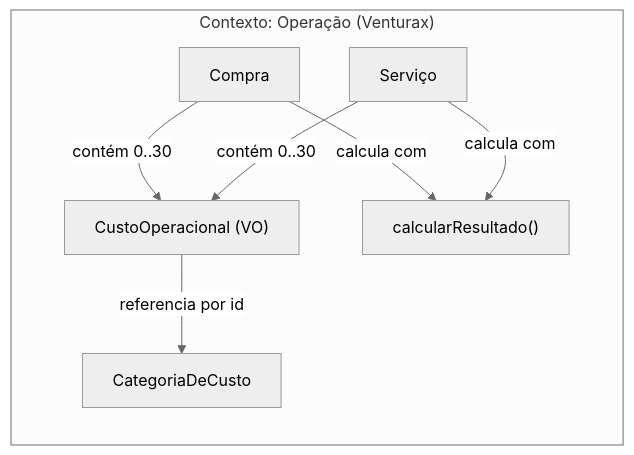
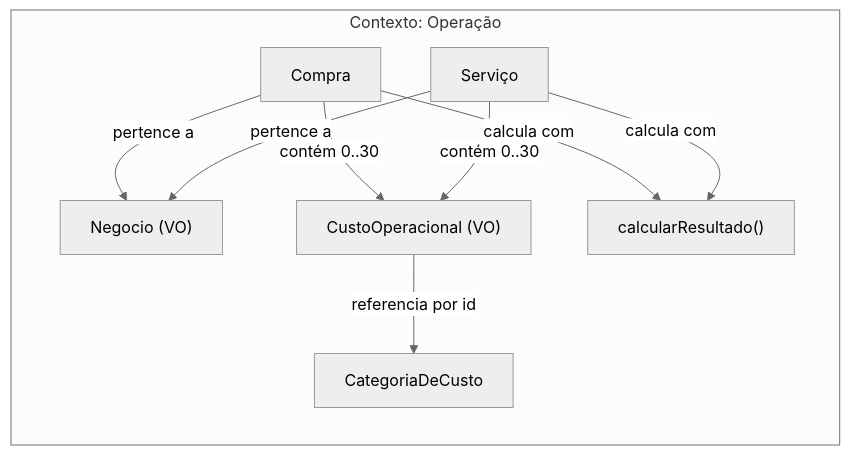
One commit to venturafvx/advice changed the third of 3 diagrams in docs/DOMAIN.md. Above: the diagram before and after it, drawn with Mermaid (neutral theme). The commit also changed other lines of this file and 112 other files, not shown here.

````diff
--- a/docs/DOMAIN.md
+++ b/docs/DOMAIN.md
@@ -152,16 +224,19 @@
 ```mermaid
 flowchart LR
-    subgraph Operacao["Contexto: Operação (Venturax)"]
+    subgraph Operacao["Contexto: Operação"]
+        N["Negocio (VO)"]
         C[Compra]
         S[Serviço]
         CAT[CategoriaDeCusto]
         CO["CustoOperacional (VO)"]
         R["calcularResultado()"]
     end
 
+    C -- "pertence a" --> N
+    S -- "pertence a" --> N
     C -- "contém 0..30" --> CO
     S -- "contém 0..30" --> CO
     CO -- "referencia por id" --> CAT
     C -- "calcula com" --> R
     S -- "calcula com" --> R
 ```
````
